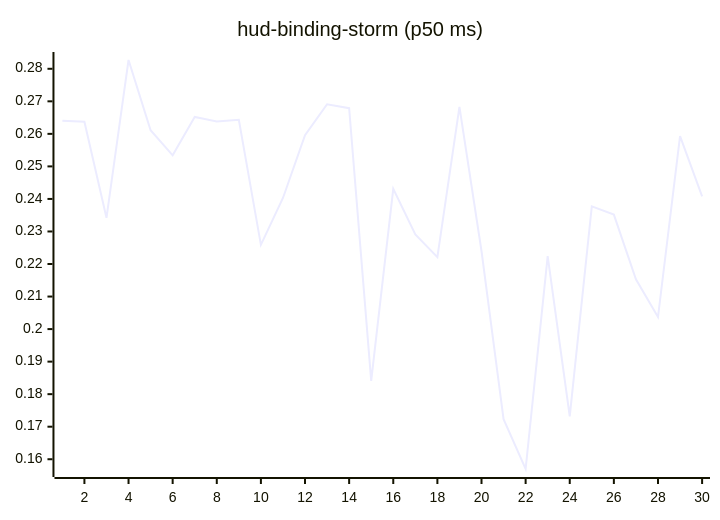
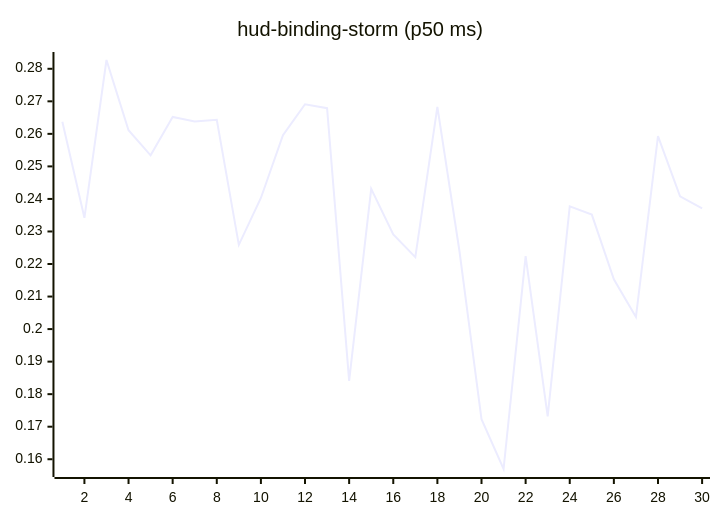
The tenth of 27 diagrams in README.md (josha/Facet), drawn with Mermaid before and after one commit. The commit also changed other lines of this file and 2 other files, not shown here.

````diff
--- a/README.md
+++ b/README.md
@@ -126,6 +126,6 @@
 ```mermaid
 xychart-beta
     title "hud-binding-storm (p50 ms)"
     x-axis 1 --> 30
-    line [0.2640, 0.2637, 0.2342, 0.2827, 0.2611, 0.2534, 0.2652, 0.2638, 0.2643, 0.2259, 0.2403, 0.2596, 0.2691, 0.2679, 0.1841, 0.2431, 0.2291, 0.2221, 0.2683, 0.2240, 0.1723, 0.1570, 0.2224, 0.1732, 0.2377, 0.2352, 0.2153, 0.2037, 0.2593, 0.2408]
+    line [0.2637, 0.2342, 0.2827, 0.2611, 0.2534, 0.2652, 0.2638, 0.2643, 0.2259, 0.2403, 0.2596, 0.2691, 0.2679, 0.1841, 0.2431, 0.2291, 0.2221, 0.2683, 0.2240, 0.1723, 0.1570, 0.2224, 0.1732, 0.2377, 0.2352, 0.2153, 0.2037, 0.2593, 0.2408, 0.2371]
 ```
````
